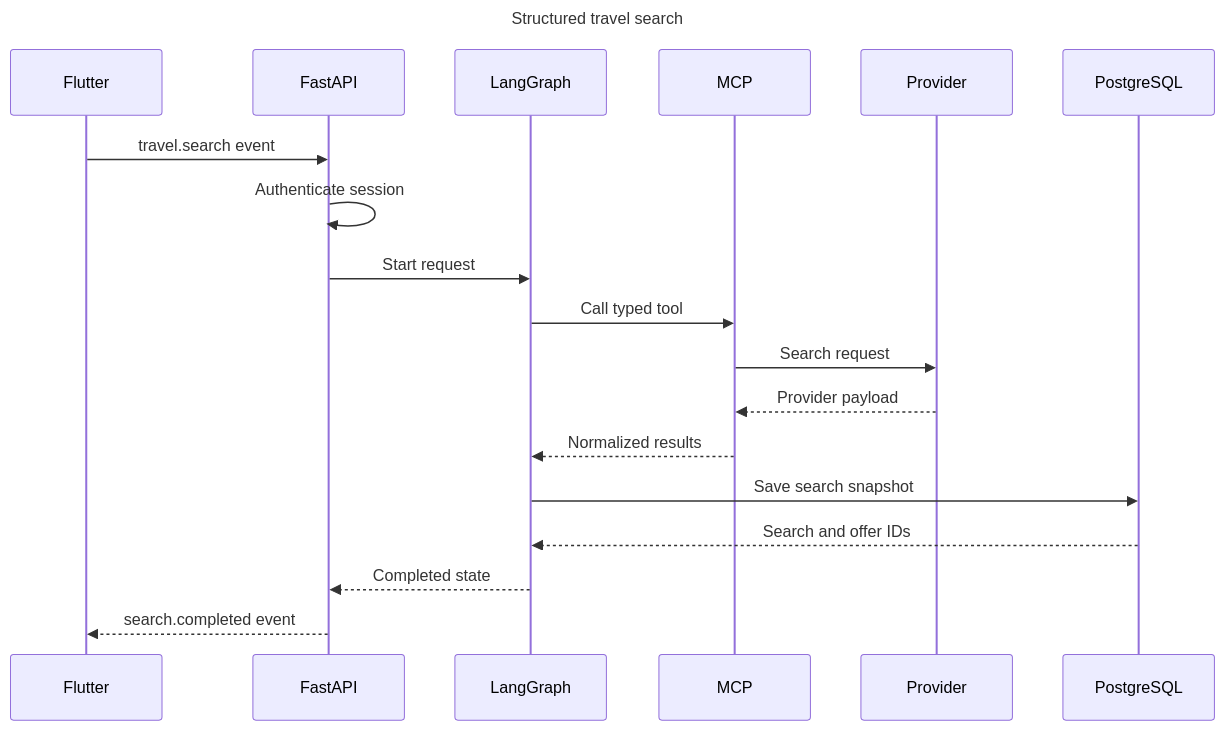
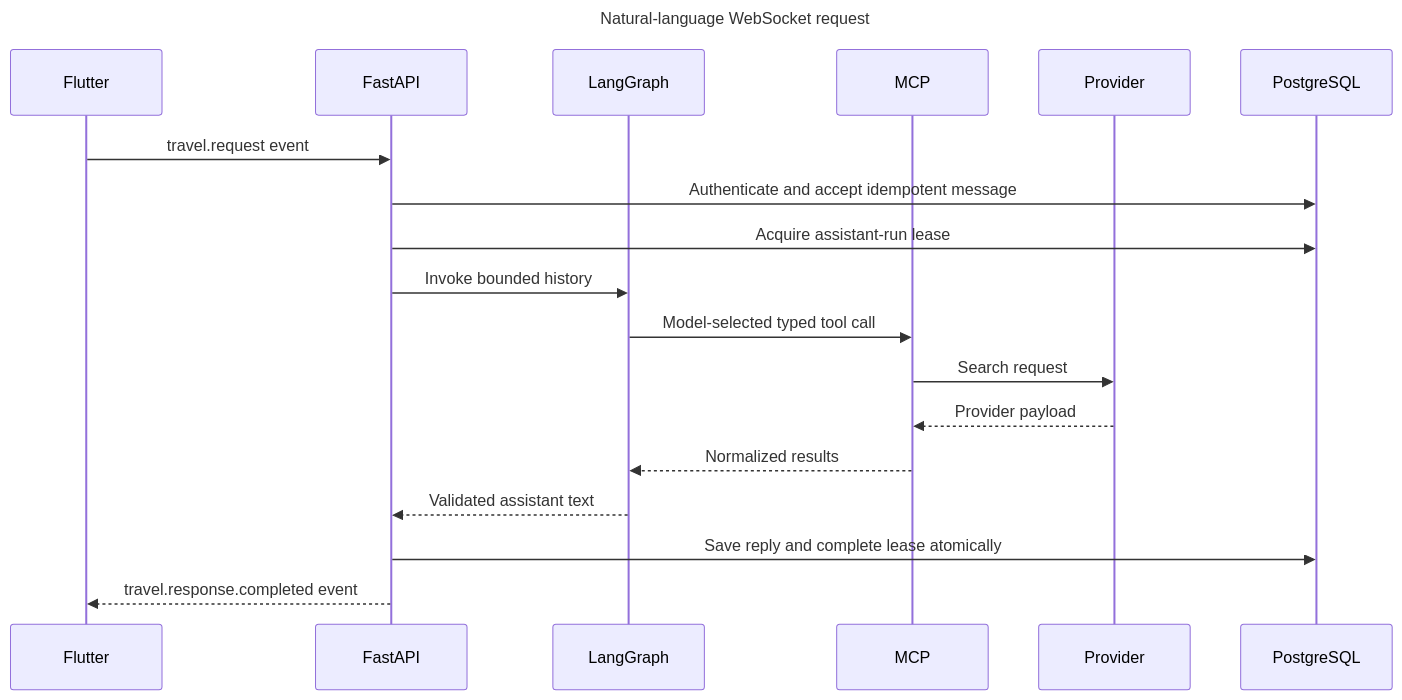
Before and after one commit to manipoint/map-server: the second of 2 diagrams in docs/architecture.md, drawn with Mermaid. The commit also changed other lines of this file and 43 other files, not shown here.

First line of the commit message:
Add currency provider/tool and response deadline

````diff
--- a/docs/architecture.md
+++ b/docs/architecture.md
@@ -86,22 +88,22 @@
 ```mermaid
 sequenceDiagram
-    title Structured travel search
+    title Natural-language WebSocket request
     participant Flutter
     participant FastAPI
     participant LangGraph
     participant MCP
     participant Provider
     participant PostgreSQL
 
-    Flutter->>FastAPI: travel.search event
-    FastAPI->>FastAPI: Authenticate session
-    FastAPI->>LangGraph: Start request
-    LangGraph->>MCP: Call typed tool
+    Flutter->>FastAPI: travel.request event
+    FastAPI->>PostgreSQL: Authenticate and accept idempotent message
+    FastAPI->>PostgreSQL: Acquire assistant-run lease
+    FastAPI->>LangGraph: Invoke bounded history
+    LangGraph->>MCP: Model-selected typed tool call
     MCP->>Provider: Search request
     Provider-->>MCP: Provider payload
     MCP-->>LangGraph: Normalized results
-    LangGraph->>PostgreSQL: Save search snapshot
-    PostgreSQL-->>LangGraph: Search and offer IDs
-    LangGraph-->>FastAPI: Completed state
-    FastAPI-->>Flutter: search.completed event
+    LangGraph-->>FastAPI: Validated assistant text
+    FastAPI->>PostgreSQL: Save reply and complete lease atomically
+    FastAPI-->>Flutter: travel.response.completed event
 ```
````
